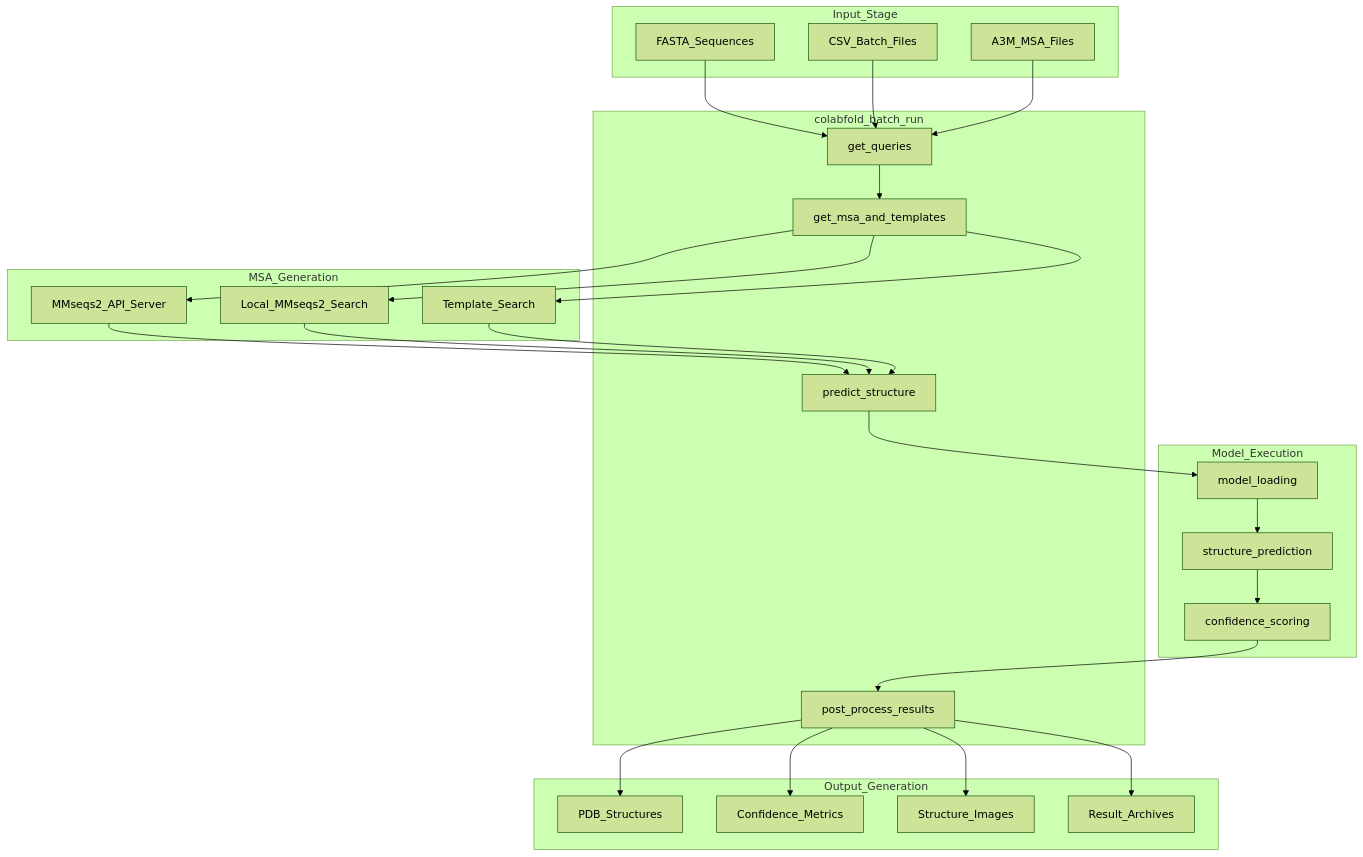
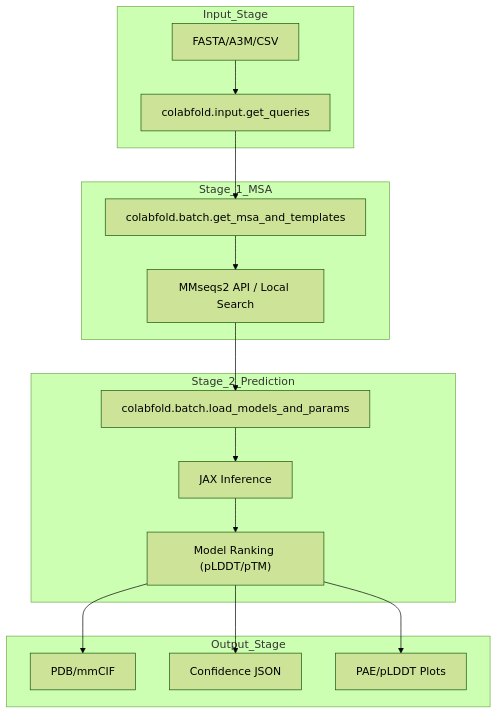
The second of 2 diagrams in docs/ColabFold/deepwiki/ColabFold-Overview.md (MaybeBio/Awesome-Protein-ContactMap-Prediction), drawn with Mermaid (forest theme) before and after one commit. The commit also changed other lines of this file and 4 other files, not shown here.

````diff
--- a/docs/ColabFold/deepwiki/ColabFold-Overview.md
+++ b/docs/ColabFold/deepwiki/ColabFold-Overview.md
@@ -117,72 +105,46 @@
 ```mermaid
 flowchart TD
 
-FASTA["FASTA_Sequences"]
-CSV["CSV_Batch_Files"]
-A3M["A3M_MSA_Files"]
-API["MMseqs2_API_Server"]
-LOCAL["Local_MMseqs2_Search"]
-TEMPLATES["Template_Search"]
-PARSE["get_queries"]
-MSA_GEN["get_msa_and_templates"]
-PREDICT["predict_structure"]
-PROCESS["post_process_results"]
-LOAD["model_loading"]
-INFERENCE["structure_prediction"]
-CONFIDENCE["confidence_scoring"]
-PDB["PDB_Structures"]
-JSON["Confidence_Metrics"]
-PNG["Structure_Images"]
-ZIP["Result_Archives"]
+FASTA["FASTA/A3M/CSV"]
+PARSE["colabfold.input.get_queries"]
+MSA_GET["colabfold.batch.get_msa_and_templates"]
+MMSEQS["MMseqs2 API / Local Search"]
+MODEL_LOAD["colabfold.batch.load_models_and_params"]
+INFERENCE["JAX Inference"]
+RANK["Model Ranking (pLDDT/pTM)"]
+PDB["PDB/mmCIF"]
+JSON["Confidence JSON"]
+PLOTS["PAE/pLDDT Plots"]
 
-FASTA --> PARSE
-CSV --> PARSE
-A3M --> PARSE
-MSA_GEN --> API
-MSA_GEN --> LOCAL
-MSA_GEN --> TEMPLATES
-API --> PREDICT
-LOCAL --> PREDICT
-TEMPLATES --> PREDICT
-PREDICT --> LOAD
-CONFIDENCE --> PROCESS
-PROCESS --> PDB
-PROCESS --> JSON
-PROCESS --> PNG
-PROCESS --> ZIP
+PARSE --> MSA_GET
+MMSEQS --> MODEL_LOAD
+RANK --> PDB
+RANK --> JSON
+RANK --> PLOTS
 
-subgraph Output_Generation ["Output_Generation"]
+subgraph Output_Stage ["Output_Stage"]
     PDB
     JSON
-    PNG
-    ZIP
+    PLOTS
 end
 
-subgraph Model_Execution ["Model_Execution"]
-    LOAD
+subgraph Stage_2_Prediction ["Stage_2_Prediction"]
+    MODEL_LOAD
     INFERENCE
-    CONFIDENCE
-    LOAD --> INFERENCE
-    INFERENCE --> CONFIDENCE
+    RANK
+    MODEL_LOAD --> INFERENCE
+    INFERENCE --> RANK
 end
 
-subgraph colabfold_batch_run ["colabfold_batch_run"]
-    PARSE
-    MSA_GEN
-    PREDICT
-    PROCESS
-    PARSE --> MSA_GEN
-end
-
-subgraph MSA_Generation ["MSA_Generation"]
-    API
-    LOCAL
-    TEMPLATES
+subgraph Stage_1_MSA ["Stage_1_MSA"]
+    MSA_GET
+    MMSEQS
+    MSA_GET --> MMSEQS
 end
 
 subgraph Input_Stage ["Input_Stage"]
     FASTA
-    CSV
-    A3M
+    PARSE
+    FASTA --> PARSE
 end
 ```
````
